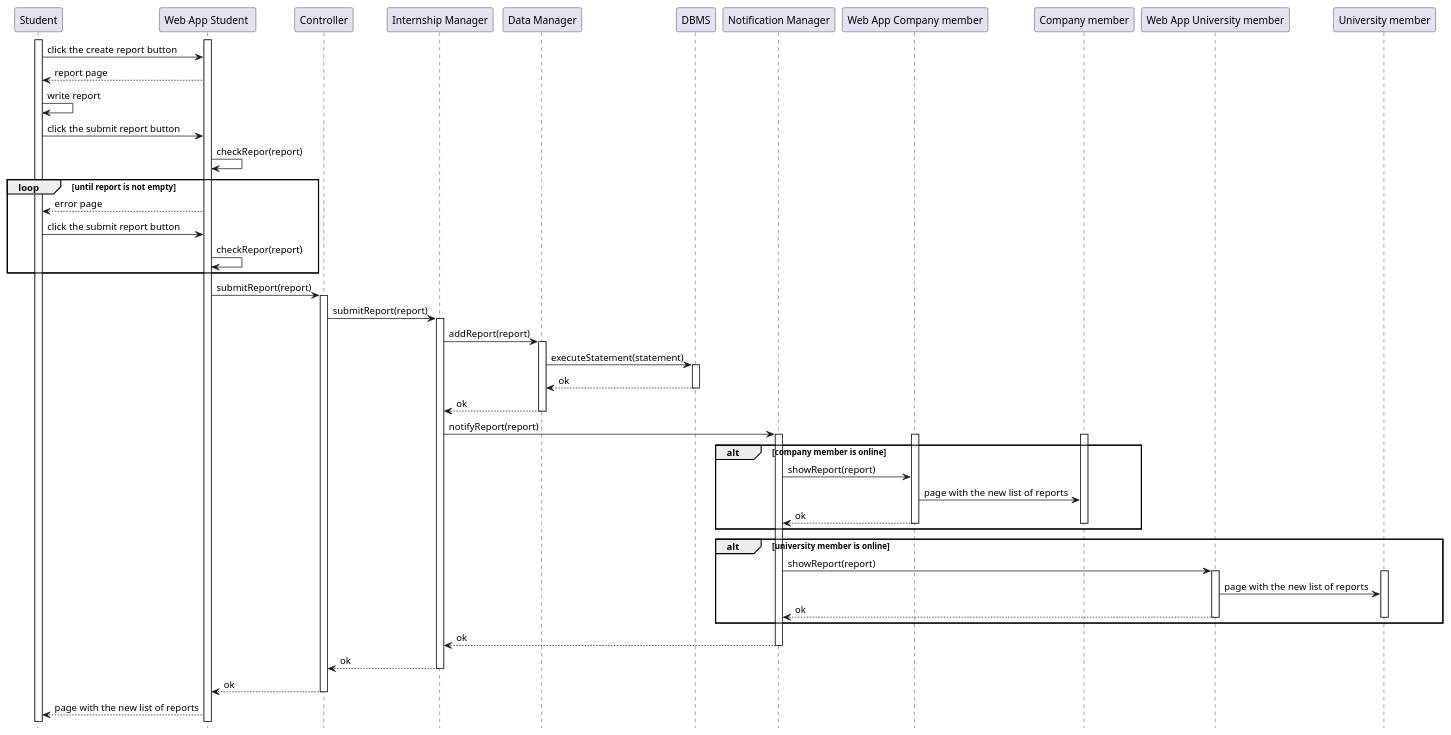
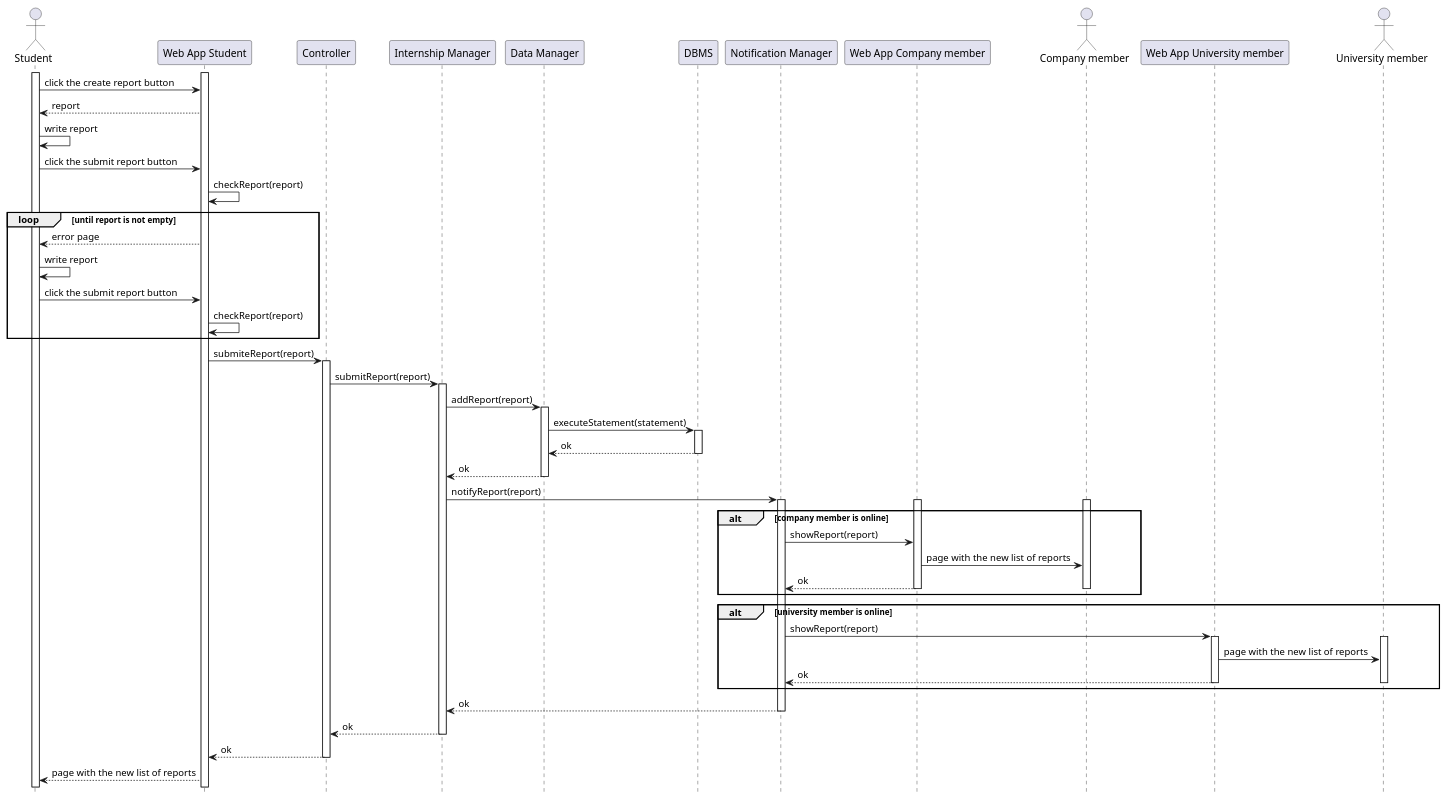
One commit to matti8702/R_and_DD_project_SE2 changed the diagram in DD/Architectural_design/uml_diagrams/RV24.puml. Above: the diagram before and after it, drawn with PlantUML. The commit also changed 9 other files, not shown here.

```diff
--- a/DD/Architectural_design/uml_diagrams/RV24.puml
+++ b/DD/Architectural_design/uml_diagrams/RV24.puml
@@ -1,67 +1,68 @@
 @startuml RV24
 hide footbox
 
-participant "Student" as ST
-participant "Web App Student " AS WAST
+actor "Student" as ST
+participant "Web App Student" AS WAST
 participant "Controller" as C
 participant "Internship Manager" as IM
 participant "Data Manager" as DM
 participant "DBMS" as DB
 participant "Notification Manager" as NM
 participant "Web App Company member" AS WACM
-participant "Company member" as CM
+actor "Company member" as CM
 participant "Web App University member" AS WAUM
-participant "University member" AS UM
+actor "University member" AS UM
 
 activate ST
 activate WAST
 ST -> WAST : click the create report button
-WAST --> ST : report page
-ST -> ST : write report
+WAST --> ST : report
+ST -> ST   : write report
 ST -> WAST : click the submit report button
-WAST -> WAST : checkRepor(report)
+WAST -> WAST : checkReport(report)
 loop until report is not empty
     WAST --> ST : error page
+    ST -> ST   : write report
     ST -> WAST : click the submit report button
-    WAST -> WAST : checkRepor(report)
+    WAST -> WAST : checkReport(report)
 end
-WAST -> C  : submitReport(report)
+WAST -> C : submiteReport(report)
 activate C
 C -> IM    : submitReport(report)
 activate IM
 IM -> DM : addReport(report)
 activate  DM
 DM -> DB : executeStatement(statement)
 activate DB
 DB --> DM : ok
 deactivate DB
 DM --> IM : ok
 deactivate DM
 IM -> NM : notifyReport(report)
 activate NM
 alt company member is online
     activate WACM
     activate CM
     NM -> WACM : showReport(report)
     WACM -> CM : page with the new list of reports
     WACM --> NM : ok
     deactivate WACM
     deactivate CM
 end 
 alt university member is online
     NM -> WAUM : showReport(report)
     activate WAUM
     activate UM
     WAUM -> UM : page with the new list of reports
     WAUM --> NM : ok
     deactivate WAUM
     deactivate UM
 end 
 NM --> IM : ok
 deactivate NM
 IM --> C : ok
 deactivate IM
 C --> WAST : ok 
 deactivate C
 WAST --> ST : page with the new list of reports
 @enduml
```
